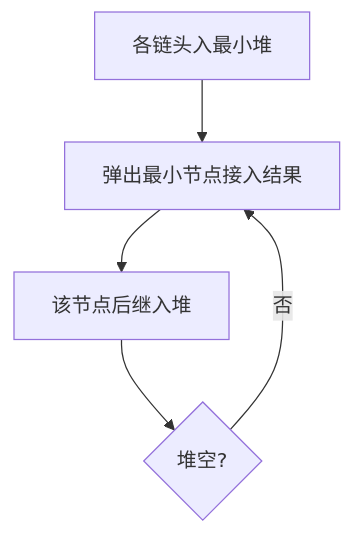
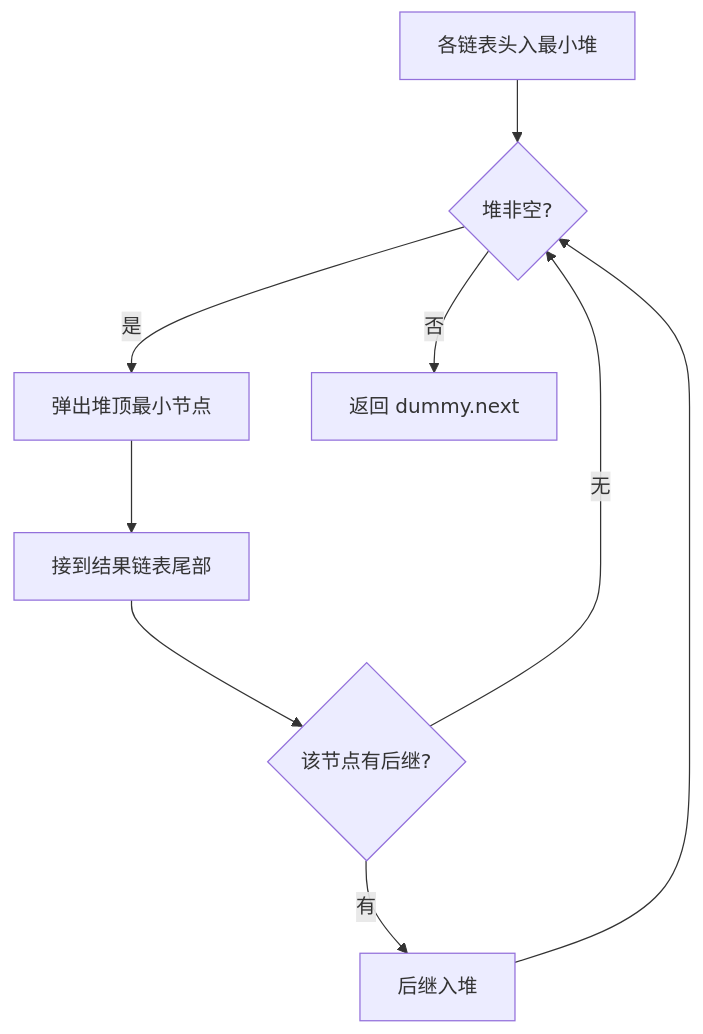
Before and after one commit to OctalZero/hot100-py: the first of 2 diagrams in 08-链表/0023-合并_K_个升序链表.md, drawn with Mermaid. The commit also changed other lines of this file and 117 other files, not shown here.

First line of the commit message:
feat: 全题解配图升级为「动画式 mermaid」（总览骨架 + 横向时间线逐步推演）

````diff
--- a/08-链表/0023-合并_K_个升序链表.md
+++ b/08-链表/0023-合并_K_个升序链表.md
@@ -5,7 +5,11 @@
 ```mermaid
 flowchart TD
-    A["各链头入最小堆"] --> B["弹出最小节点接入结果"]
-    B --> C["该节点后继入堆"]
-    C --> D{"堆空?"}
-    D -- "否" --> B
+    A["各链表头入最小堆"] --> B{"堆非空?"}
+    B -->|"是"| C["弹出堆顶最小节点"]
+    C --> D["接到结果链表尾部"]
+    D --> E{"该节点有后继?"}
+    E -->|"有"| F["后继入堆"]
+    E -->|"无"| B
+    F --> B
+    B -->|"否"| G["返回 dummy.next"]
 ```
````
